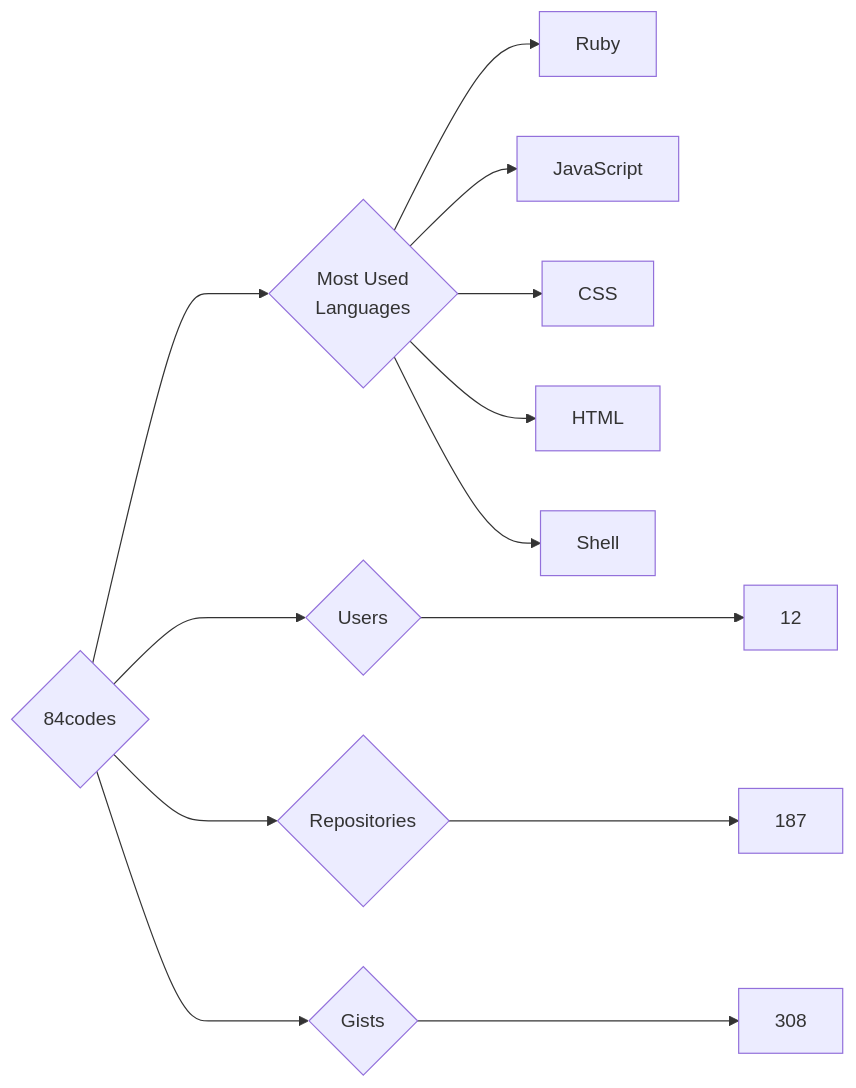
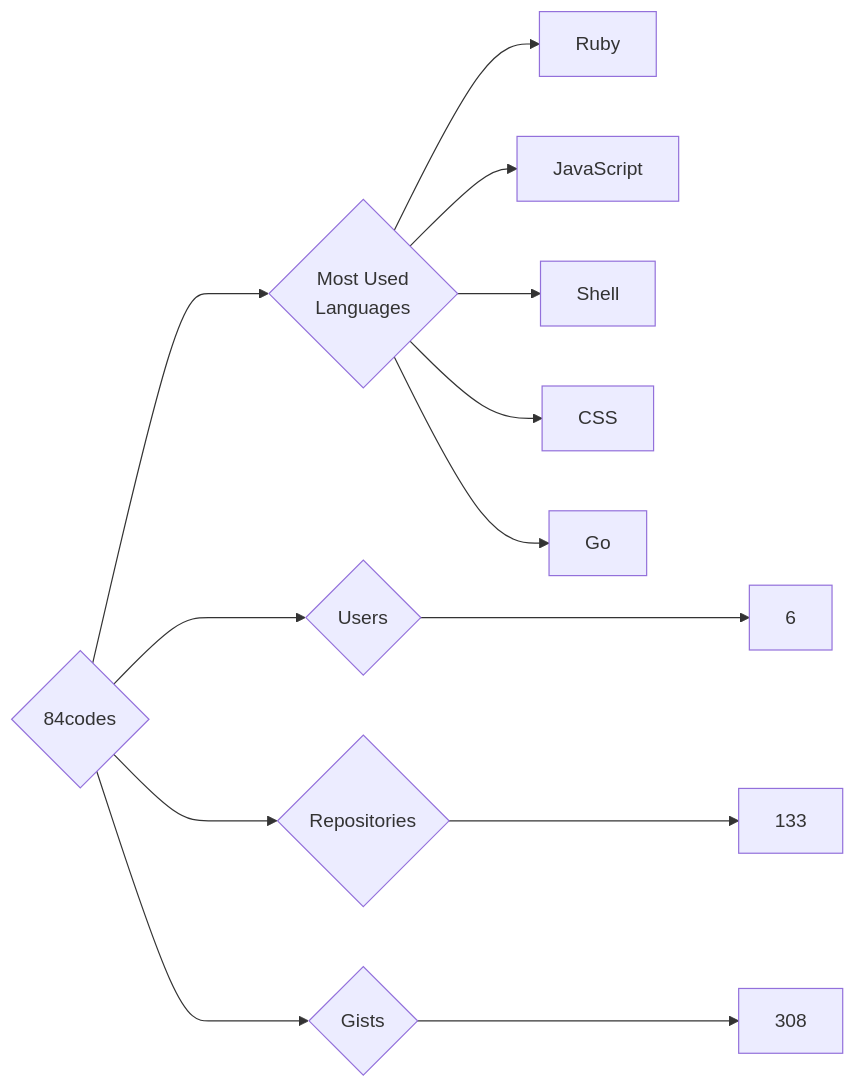
One commit to trickest/insiders changed the diagram in targets/84codes/README.md. Above: the diagram before and after it, drawn with Mermaid. The commit also changed 633 other files, not shown here.

````diff
--- a/targets/84codes/README.md
+++ b/targets/84codes/README.md
@@ -3,13 +3,13 @@
 ```mermaid
 graph LR
 COMPANY_NAME{84codes}
-COMPANY_NAME ---> U{Users} ---> UN[12]
-COMPANY_NAME ---> R{Repositories} ---> RN[187]
+COMPANY_NAME ---> U{Users} ---> UN[6]
+COMPANY_NAME ---> R{Repositories} ---> RN[133]
 COMPANY_NAME ---> G{Gists} ---> GN[308]
 COMPANY_NAME ---> ML{Most Used<br>Languages}
 ML --> Ruby[Ruby]
 ML --> JavaScript[JavaScript]
+ML --> Shell[Shell]
 ML --> CSS[CSS]
-ML --> HTML[HTML]
-ML --> Shell[Shell]
+ML --> Go[Go]
 ```
````
